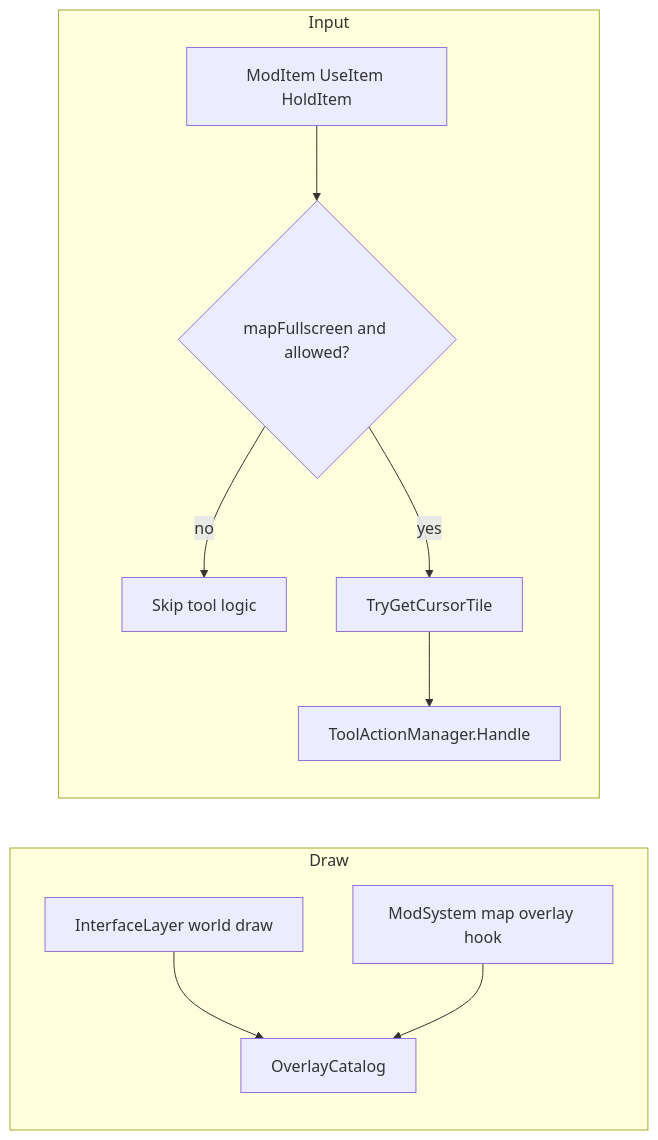
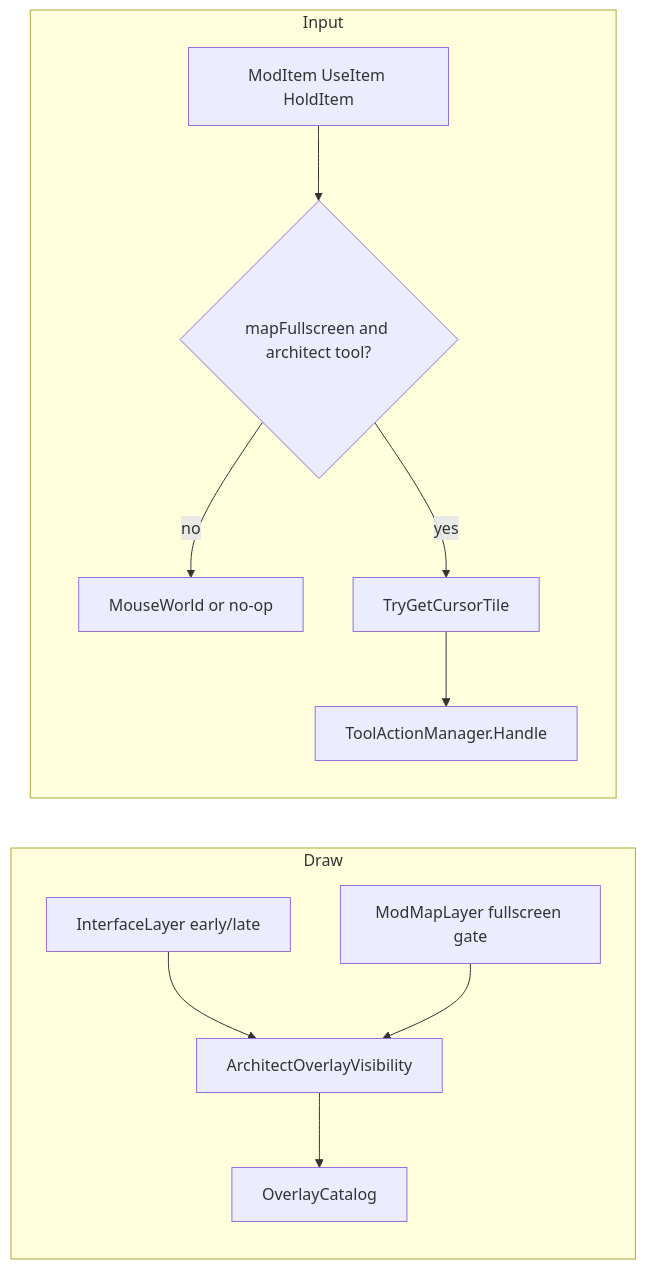
Before and after one commit to 5PIterator/TheArchitectsBlueprintMod: the diagram in .cursor/plans/map_overlay_compatibility_7d2a3f91.plan.md, drawn with Mermaid. The commit also changed other lines of this file and 64 other files, not shown here.

````diff
--- a/.cursor/plans/map_overlay_compatibility_7d2a3f91.plan.md
+++ b/.cursor/plans/map_overlay_compatibility_7d2a3f91.plan.md
@@ -100,19 +118,21 @@
 ```mermaid
 flowchart LR
   subgraph draw [Draw]
-    WorldLayer[InterfaceLayer world draw]
-    MapHook[ModSystem map overlay hook]
+    WorldLayer[InterfaceLayer early/late]
+    MapLayer[ModMapLayer fullscreen gate]
     Catalog[OverlayCatalog]
-    WorldLayer --> Catalog
-    MapHook --> Catalog
+    ScopeFilter[ArchitectOverlayVisibility]
+    WorldLayer --> ScopeFilter
+    MapLayer --> ScopeFilter
+    ScopeFilter --> Catalog
   end
   subgraph input [Input]
     Items[ModItem UseItem HoldItem]
-    Gate{mapFullscreen and allowed?}
+    Gate{mapFullscreen and architect tool?}
     Helper[TryGetCursorTile]
     Items --> Gate
-    Gate -->|no| NoOp[Skip tool logic]
+    Gate -->|no| MouseWorld[MouseWorld or no-op]
     Gate -->|yes| Helper
     Helper --> TAM[ToolActionManager.Handle]
   end
 ```
````
